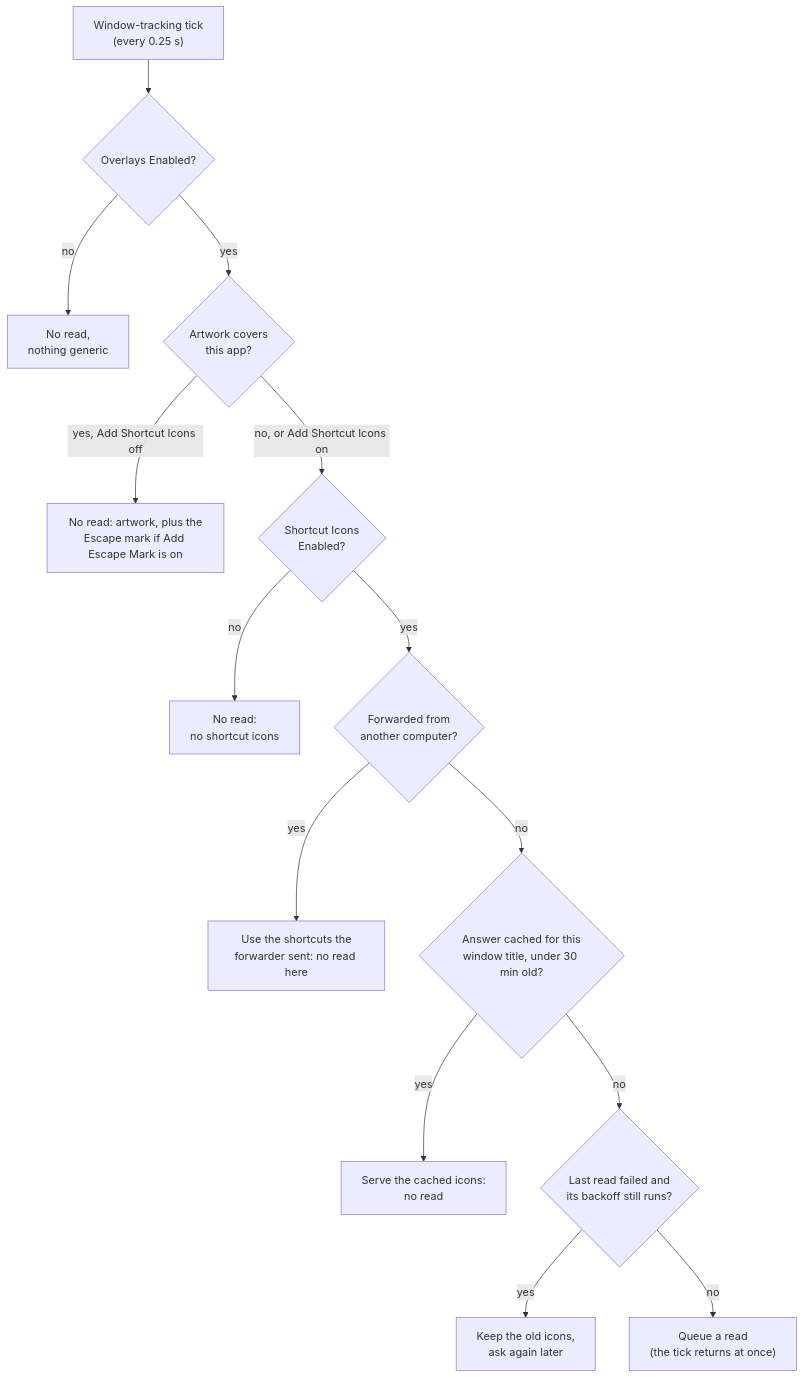
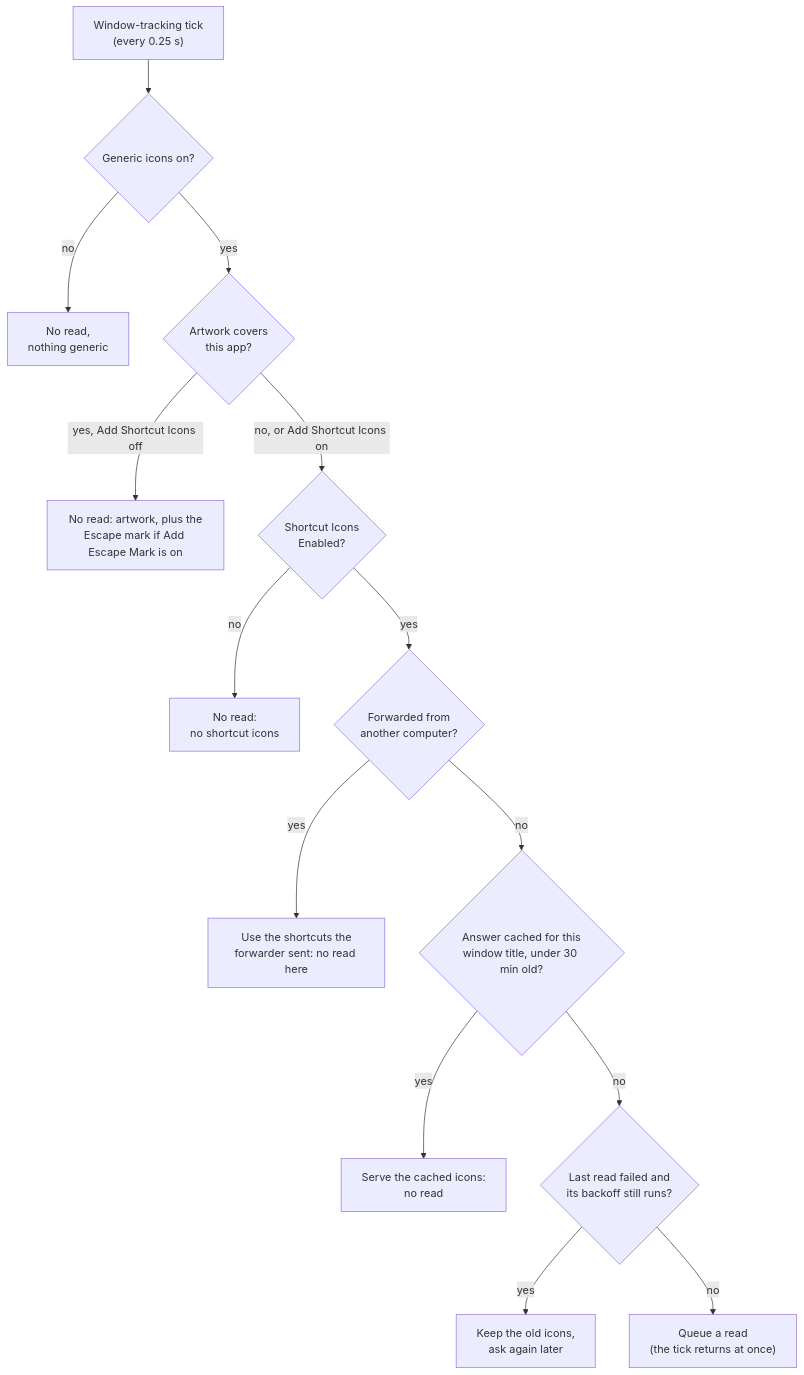
One commit to thpoll83/polykybd-docs changed the fourth of 7 diagrams in src/content/docs/development/system-model.mdx. Above: the diagram before and after it, drawn with Mermaid. The commit also changed 12 other files, not shown here.

````diff
--- a/src/content/docs/development/system-model.mdx
+++ b/src/content/docs/development/system-model.mdx
@@ -226,16 +226,16 @@
 ```mermaid
 flowchart TD
-  T["Window-tracking tick<br/>(every 0.25 s)"] --> E{"Overlays Enabled?"}
+  T["Window-tracking tick<br/>(every 0.25 s)"] --> E{"Generic icons on?"}
   E -- no --> X["No read,<br/>nothing generic"]
   E -- yes --> A{"Artwork covers<br/>this app?"}
   A -- "yes, Add Shortcut Icons off" --> N["No read: artwork, plus the<br/>Escape mark if Add Escape Mark is on"]
   A -- "no, or Add Shortcut Icons on" --> I{"Shortcut Icons<br/>Enabled?"}
   I -- no --> Y["No read:<br/>no shortcut icons"]
   I -- yes --> F{"Forwarded from<br/>another computer?"}
   F -- yes --> R["Use the shortcuts the<br/>forwarder sent: no read here"]
   F -- no --> C{"Answer cached for this<br/>window title, under 30 min old?"}
   C -- yes --> S["Serve the cached icons:<br/>no read"]
   C -- no --> B{"Last read failed and<br/>its backoff still runs?"}
   B -- yes --> W["Keep the old icons,<br/>ask again later"]
   B -- no --> Q["Queue a read<br/>(the tick returns at once)"]
 ```
````
